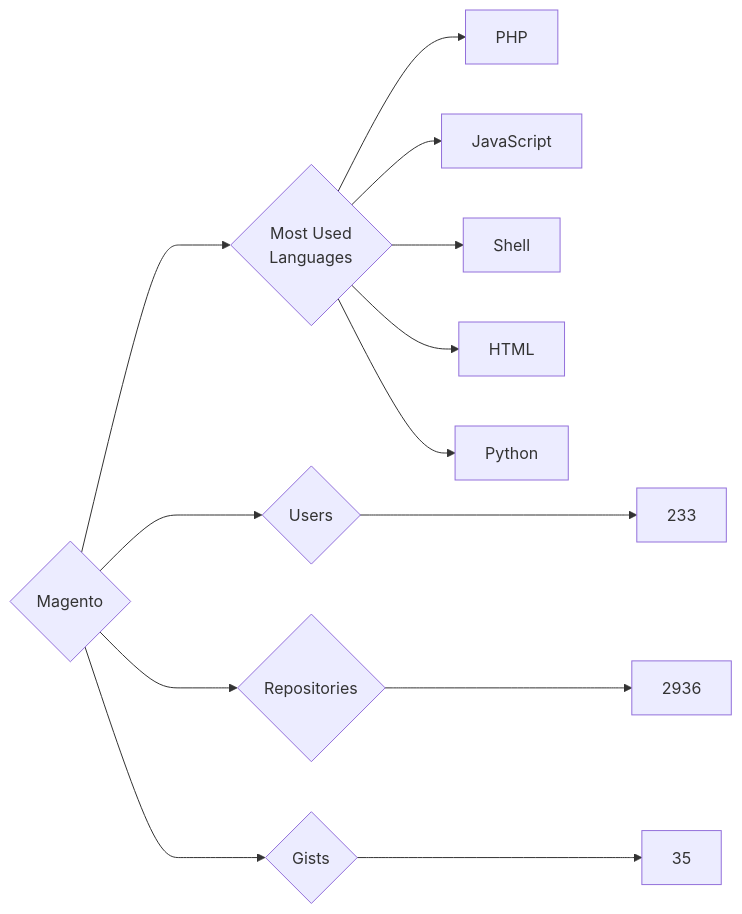
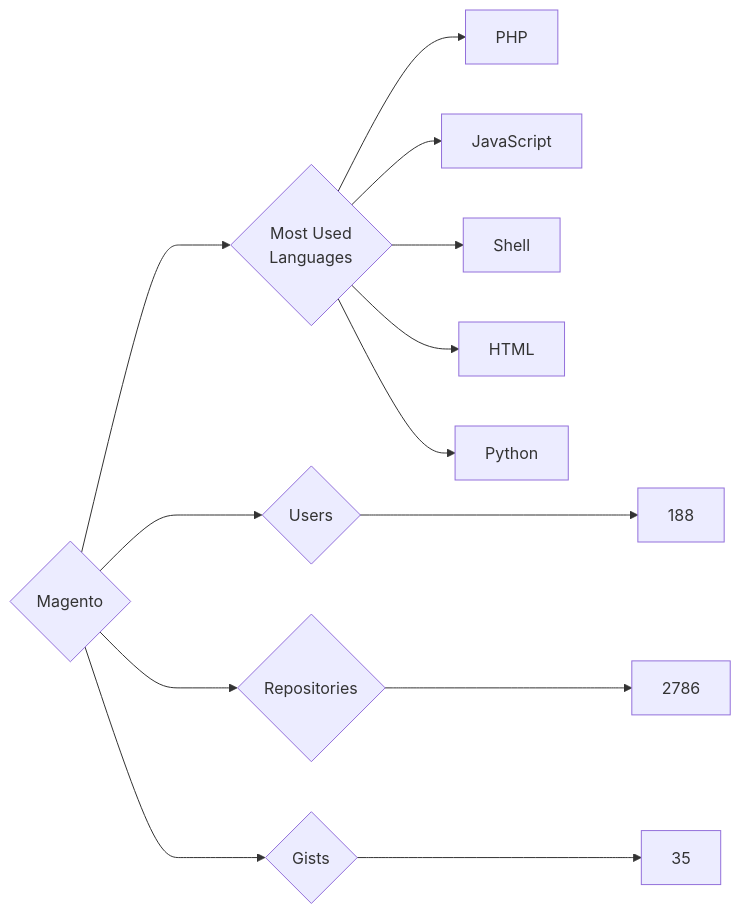
One commit to trickest/insiders changed the diagram in targets/Magento/README.md. Above: the diagram before and after it, drawn with Mermaid. The commit also changed 927 other files, not shown here.

````diff
--- a/targets/Magento/README.md
+++ b/targets/Magento/README.md
@@ -3,13 +3,13 @@
 ```mermaid
 graph LR
 COMPANY_NAME{Magento}
-COMPANY_NAME ---> U{Users} ---> UN[233]
-COMPANY_NAME ---> R{Repositories} ---> RN[2936]
+COMPANY_NAME ---> U{Users} ---> UN[188]
+COMPANY_NAME ---> R{Repositories} ---> RN[2786]
 COMPANY_NAME ---> G{Gists} ---> GN[35]
 COMPANY_NAME ---> ML{Most Used<br>Languages}
 ML --> PHP[PHP]
 ML --> JavaScript[JavaScript]
 ML --> Shell[Shell]
 ML --> HTML[HTML]
 ML --> Python[Python]
 ```
````
